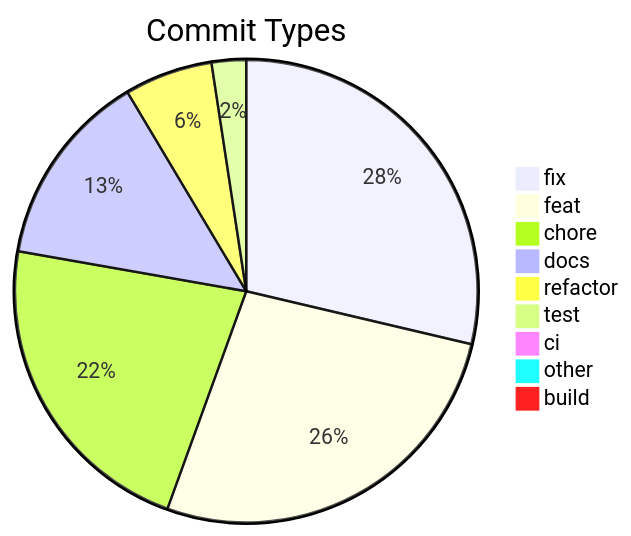
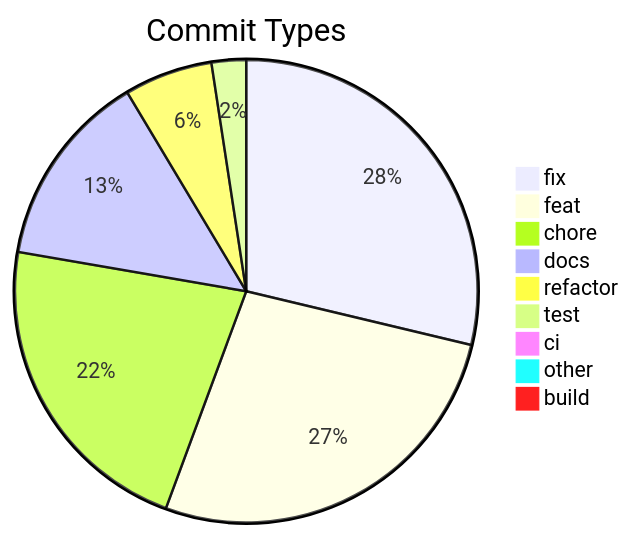
One commit to svenroth-ai/shipwright changed the diagram in .shipwright/compliance/change-history.md. Above: the diagram before and after it, drawn with Mermaid. The commit also changed other lines of this file and 16 other files, not shown here.

````diff
--- a/.shipwright/compliance/change-history.md
+++ b/.shipwright/compliance/change-history.md
@@ -8,12 +8,12 @@
 ```mermaid
 pie title Commit Types
     "fix" : 298
     "feat" : 279
-    "chore" : 231
+    "chore" : 229
     "docs" : 142
     "refactor" : 64
     "test" : 25
     "ci" : 7
     "other" : 7
     "build" : 1
 ```
````
